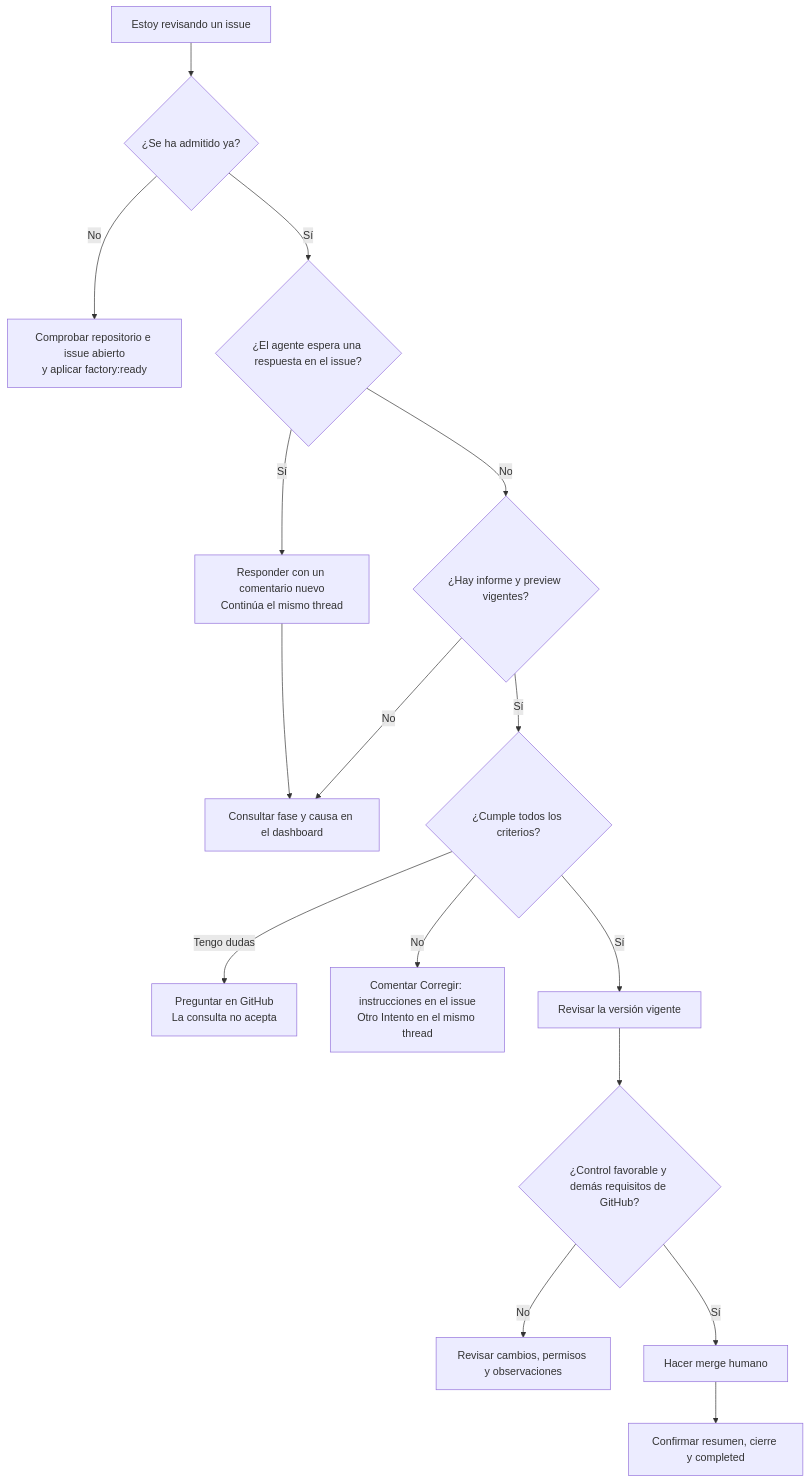
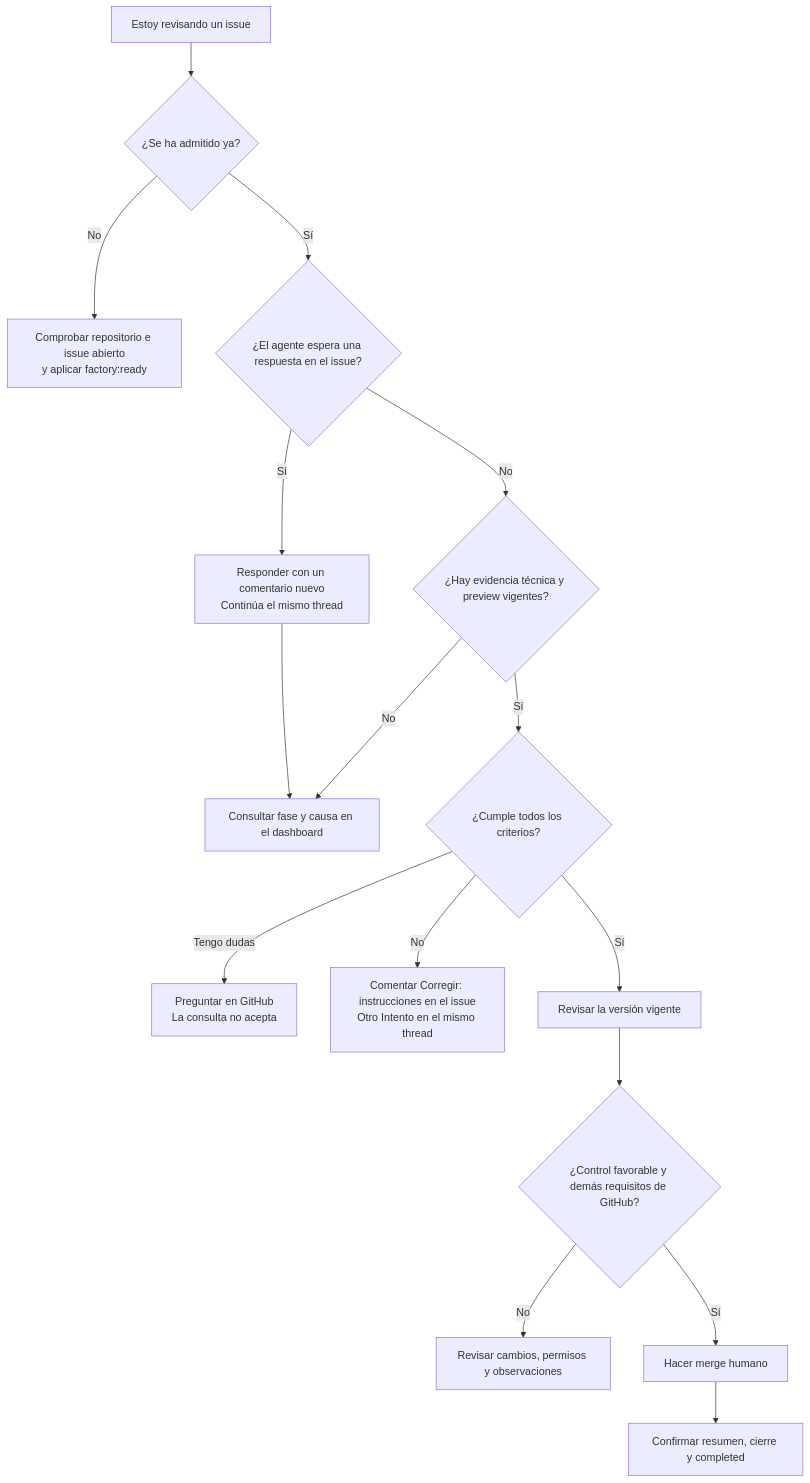
The diagram in docs/manual/06-guia-de-un-issue.md (rubenbp/app-foundry), drawn with Mermaid before and after one commit. The commit also changed other lines of this file and 10 other files, not shown here.

````diff
--- a/docs/manual/06-guia-de-un-issue.md
+++ b/docs/manual/06-guia-de-un-issue.md
@@ -30,18 +30,18 @@
 ```mermaid
 flowchart TD
     R["Estoy revisando un issue"] --> A{"¿Se ha admitido ya?"}
     A -->|"No"| P["Comprobar repositorio e issue abierto<br/>y aplicar factory:ready"]
     A -->|"Sí"| W{"¿El agente espera una respuesta en el issue?"}
     W -->|"Sí"| J["Responder con un comentario nuevo<br/>Continúa el mismo thread"]
     J --> E["Consultar fase y causa en el dashboard"]
-    W -->|"No"| C{"¿Hay informe y preview vigentes?"}
+    W -->|"No"| C{"¿Hay evidencia técnica y preview vigentes?"}
     C -->|"No"| E["Consultar fase y causa en el dashboard"]
     C -->|"Sí"| B{"¿Cumple todos los criterios?"}
     B -->|"Tengo dudas"| Q["Preguntar en GitHub<br/>La consulta no acepta"]
     B -->|"No"| X["Comentar Corregir: instrucciones en el issue<br/>Otro Intento en el mismo thread"]
     B -->|"Sí"| H["Revisar la versión vigente"]
     H --> G{"¿Control favorable y demás requisitos de GitHub?"}
     G -->|"No"| V["Revisar cambios, permisos y observaciones"]
     G -->|"Sí"| M["Hacer merge humano"]
     M --> F["Confirmar resumen, cierre y completed"]
 ```
````
